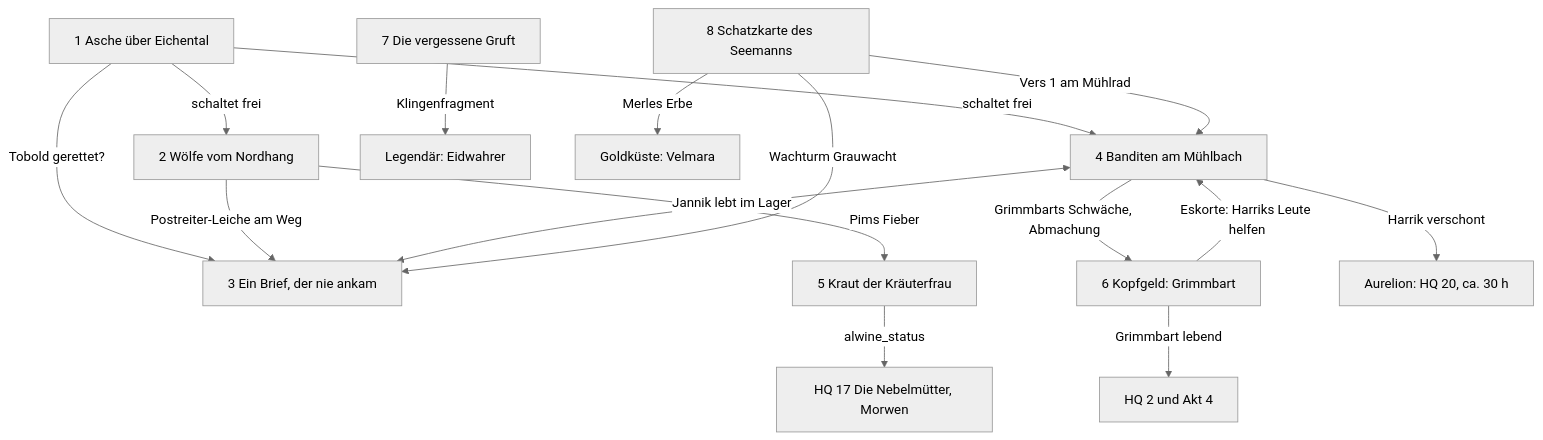
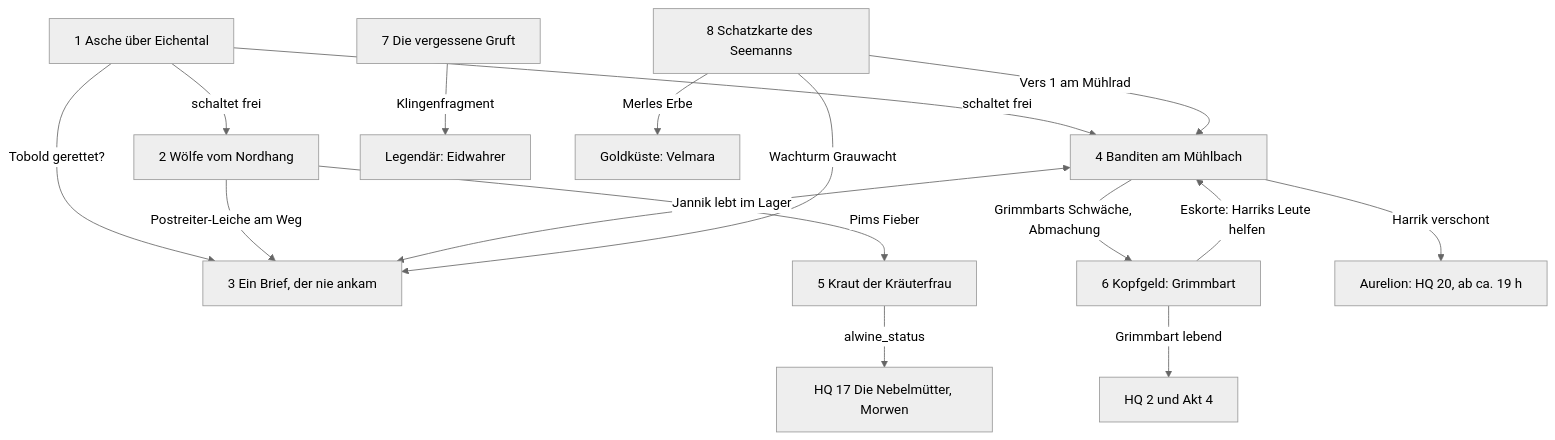
The fifth of 5 diagrams in docs/GDD/02_Quests_und_Dialoge.md (porcherliam-glitch/liam), drawn with Mermaid (neutral theme) before and after one commit. The commit also changed other lines of this file and 5 other files, not shown here.

````diff
--- a/docs/GDD/02_Quests_und_Dialoge.md
+++ b/docs/GDD/02_Quests_und_Dialoge.md
@@ -1107,18 +1112,18 @@
 ```mermaid
 flowchart TD
   Q1["1 Asche über Eichental"] -->|"schaltet frei"| Q2["2 Wölfe vom Nordhang"]
   Q1 -->|"schaltet frei"| Q4["4 Banditen am Mühlbach"]
   Q1 -->|"Tobold gerettet?"| Q3["3 Ein Brief, der nie ankam"]
   Q2 -->|"Postreiter-Leiche am Weg"| Q3
   Q2 -->|"Pims Fieber"| Q5["5 Kraut der Kräuterfrau"]
   Q4 <-->|"Jannik lebt im Lager"| Q3
   Q4 -->|"Grimmbarts Schwäche, Abmachung"| Q6["6 Kopfgeld: Grimmbart"]
   Q6 -->|"Eskorte: Harriks Leute helfen"| Q4
   Q8["8 Schatzkarte des Seemanns"] -->|"Vers 1 am Mühlrad"| Q4
   Q8 -->|"Wachturm Grauwacht"| Q3
   Q7["7 Die vergessene Gruft"] -->|"Klingenfragment"| L["Legendär: Eidwahrer"]
-  Q4 -->|"Harrik verschont"| A["Aurelion: HQ 20, ca. 30 h"]
+  Q4 -->|"Harrik verschont"| A["Aurelion: HQ 20, ab ca. 19 h"]
   Q5 -->|"alwine_status"| M["HQ 17 Die Nebelmütter, Morwen"]
   Q6 -->|"Grimmbart lebend"| G["HQ 2 und Akt 4"]
   Q8 -->|"Merles Erbe"| V["Goldküste: Velmara"]
 ```
````
